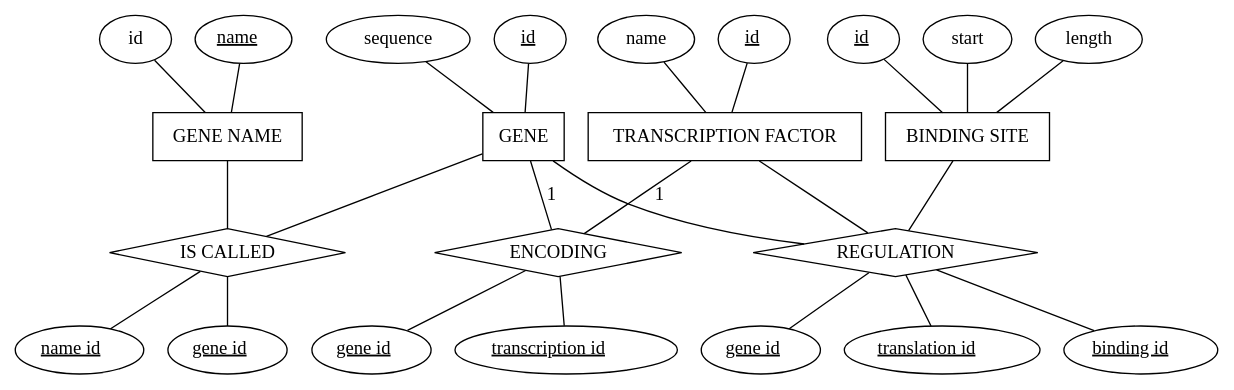
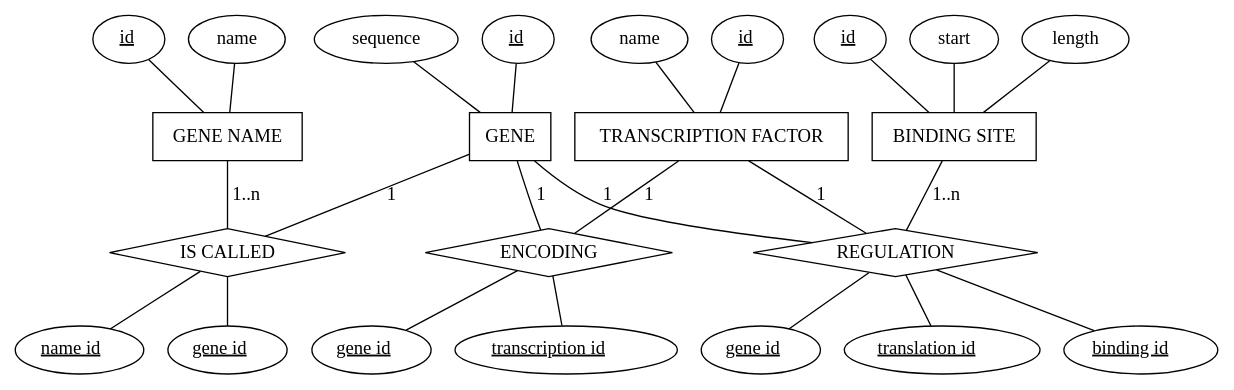
The diagram in graph.dot (crashh/DM847-Introduction-to-Bioinformatics), drawn with Graphviz before and after one commit. The commit also changed 1 other file, not shown here.

```diff
--- a/graph.dot
+++ b/graph.dot
@@ -1,73 +1,74 @@
 graph g {
 	subgraph {
 	rank=same
 	GENE[shape=box]
 	"BINDING SITE"[shape=box]
 	"GENE NAME"[shape=box]
 	"TRANSCRIPTION FACTOR"[shape=box]
 	}
 	subgraph {
 		rank=same
 		"IS CALLED"
 		"ENCODING"
 		"REGULATION"
 	}
 	"IS CALLED" [shape=diamond]
 	ENCODING [shape=diamond]
 	REGULATION [shape=diamond]
 
 	GENE -- ENCODING [label=" 1"]
 	"TRANSCRIPTION FACTOR" -- ENCODING [label=" 1"]
 
 	gene_id [label=<<u>id</u>>]
 	gene_id -- GENE
 	gene_sequence [label=sequence]
 	gene_sequence -- GENE
 
-	gene_name [label=<<u>name</u>>]
-	gene_name_id [label="id"]
+	gene_name [label="name"]
+	gene_name_id [label=<<u>id</u>>]
 
 	gene_name -- "GENE NAME"
 	gene_name_id -- "GENE NAME"
 
 	binding_id[label=<<u>id</u>>]
 	start -- "BINDING SITE"
 	length -- "BINDING SITE"
 	binding_id -- "BINDING SITE"
 
 	transcription_id[label=<<u>id</u>>]
 	transcription_name[label="name"]
 	transcription_id -- "TRANSCRIPTION FACTOR"
 	transcription_name -- "TRANSCRIPTION FACTOR"
 
 	"IS CALLED" -- gene_id_called
 	"IS CALLED" -- gene_name_id_called
 
 	gene_id_called[label=<<u>gene id</u>>]
 	gene_name_id_called[label=<<u>name id</u>>]
 
 	subgraph {
-	rank=same
-	encoding_gene_id [label=<<u>gene id</u>>]
-	encoding_trans_id [label=<<u>transcription id</u>>]
+		rank=same
+		encoding_gene_id [label=<<u>gene id</u>>]
+		encoding_trans_id [label=<<u>transcription id</u>>]
 	}
 	encoding_gene_id -- ENCODING -- encoding_trans_id
 	
 	subgraph {
-	rank=same
-	regulation_binding_id [label=<<u>binding id</u>>]
-	regulation_gene_id    [label=<<u>gene id</u>>]
-	regulation_trans_id   [label=<<u>translation id</u>>]
+		rank=same
+		regulation_binding_id [label=<<u>binding id</u>>]
+		regulation_gene_id    [label=<<u>gene id</u>>]
+		regulation_trans_id   [label=<<u>translation id</u>>]
 	}
 	
-	regulation_binding_id -- REGULATION -- regulation_gene_id
+	regulation_binding_id -- REGULATION
+	REGULATION -- regulation_gene_id
 	REGULATION -- regulation_trans_id
 
-	GENE -- REGULATION
-	"TRANSCRIPTION FACTOR" -- REGULATION
-	"BINDING SITE" -- REGULATION
-	"GENE NAME" -- "IS CALLED"
+	GENE -- REGULATION [label="1"]
+	"TRANSCRIPTION FACTOR" -- REGULATION [label="1"]
+	"BINDING SITE" -- REGULATION [label="1..n"]
+	"GENE NAME" -- "IS CALLED" [label="1..n"]
 
-	GENE -- "IS CALLED"
+	GENE -- "IS CALLED" [label="1"]
 	
 }
```
